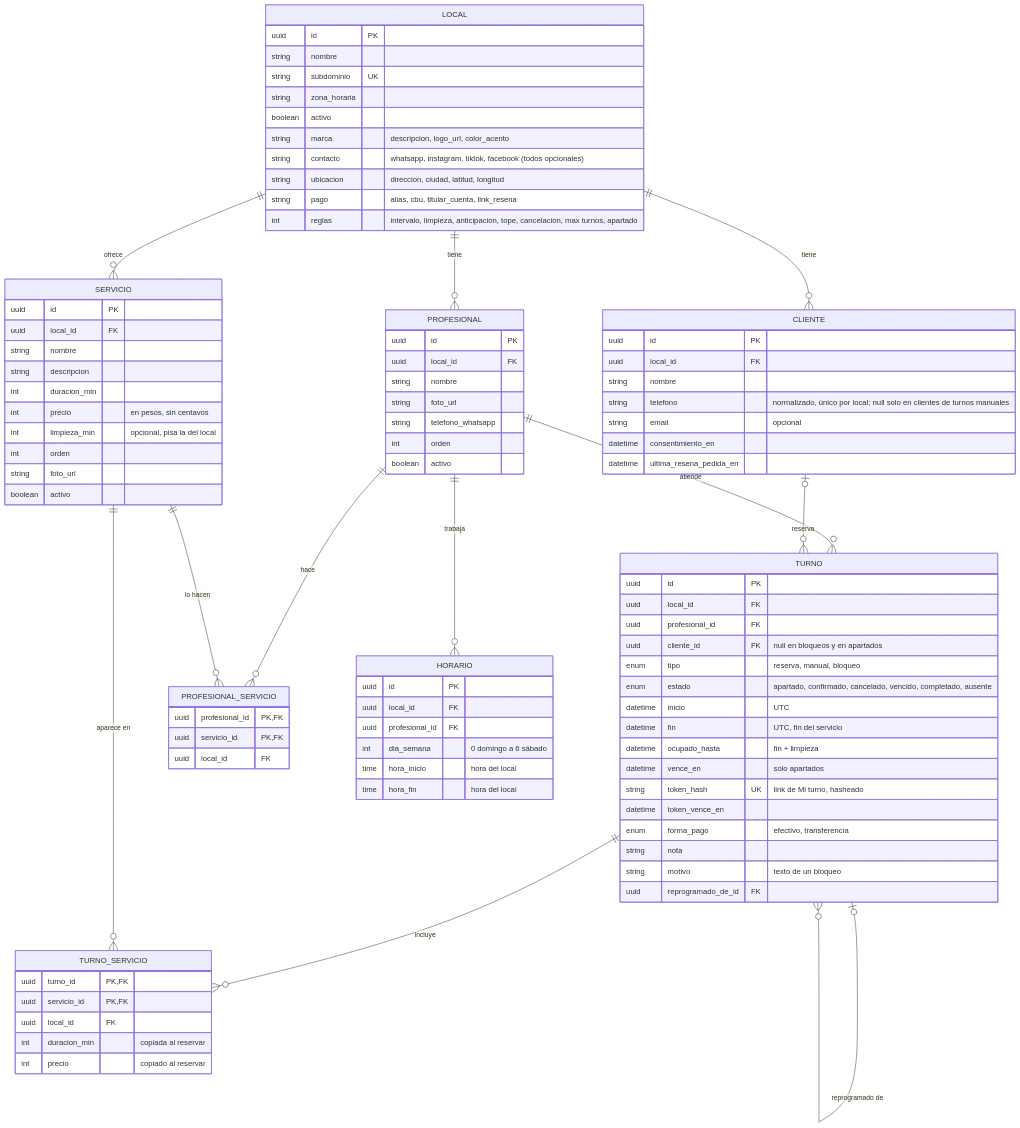
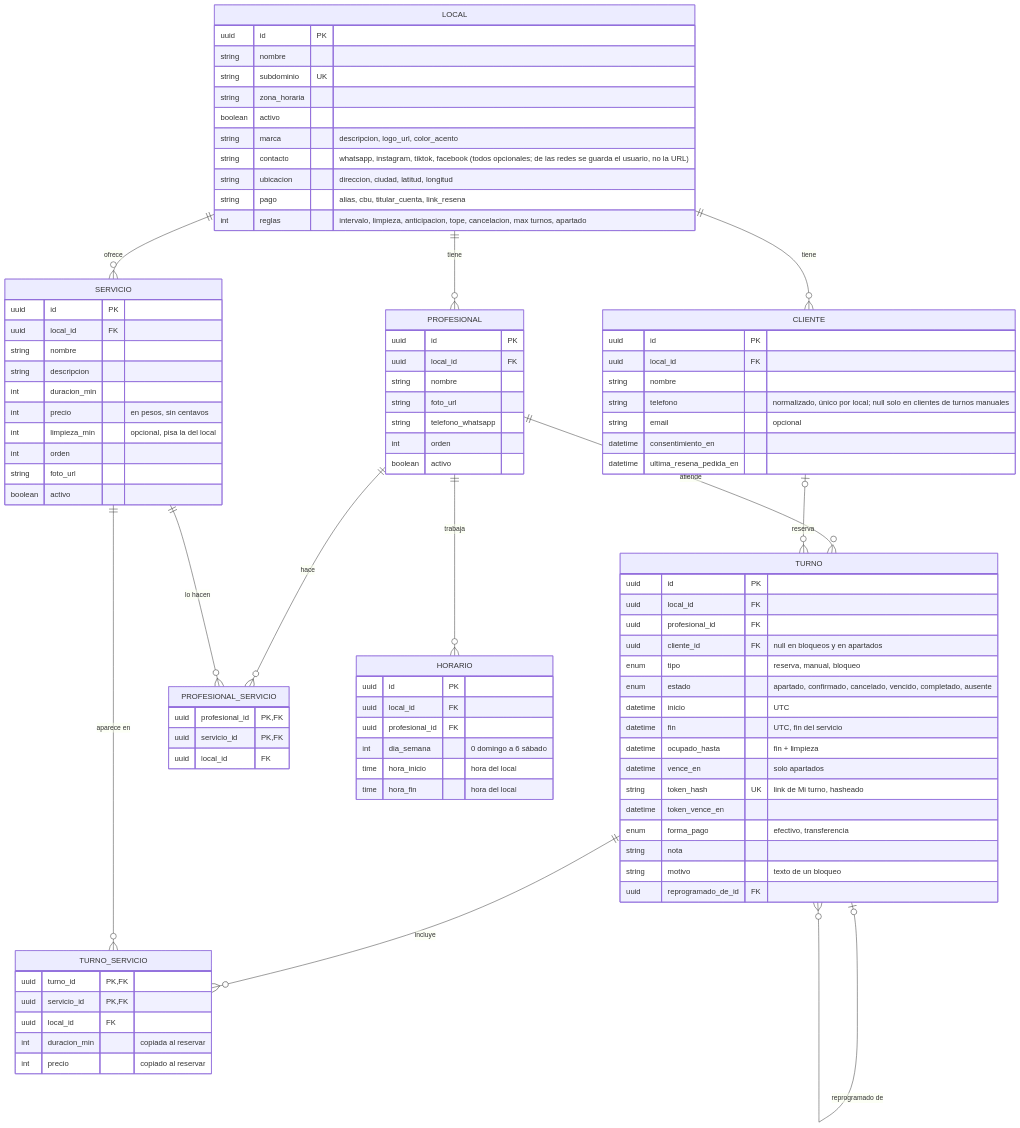
The diagram in docs/03-modelo-de-datos.md (gastonpaniagua/slotly-java), drawn with Mermaid before and after one commit. The commit also changed 1 other file, not shown here.

Commit message:
feat(HU-03): crea la extensión btree_gist y la tabla local con sus reglas

```diff
--- a/docs/03-modelo-de-datos.md
+++ b/docs/03-modelo-de-datos.md
@@ -22,7 +22,7 @@
         string zona_horaria
         boolean activo
         string marca "descripcion, logo_url, color_acento"
-        string contacto "whatsapp, instagram, tiktok, facebook (todos opcionales)"
+        string contacto "whatsapp, instagram, tiktok, facebook (todos opcionales; de las redes se guarda el usuario, no la URL)"
         string ubicacion "direccion, ciudad, latitud, longitud"
         string pago "alias, cbu, titular_cuenta, link_resena"
         int reglas "intervalo, limpieza, anticipacion, tope, cancelacion, max turnos, apartado"
```
